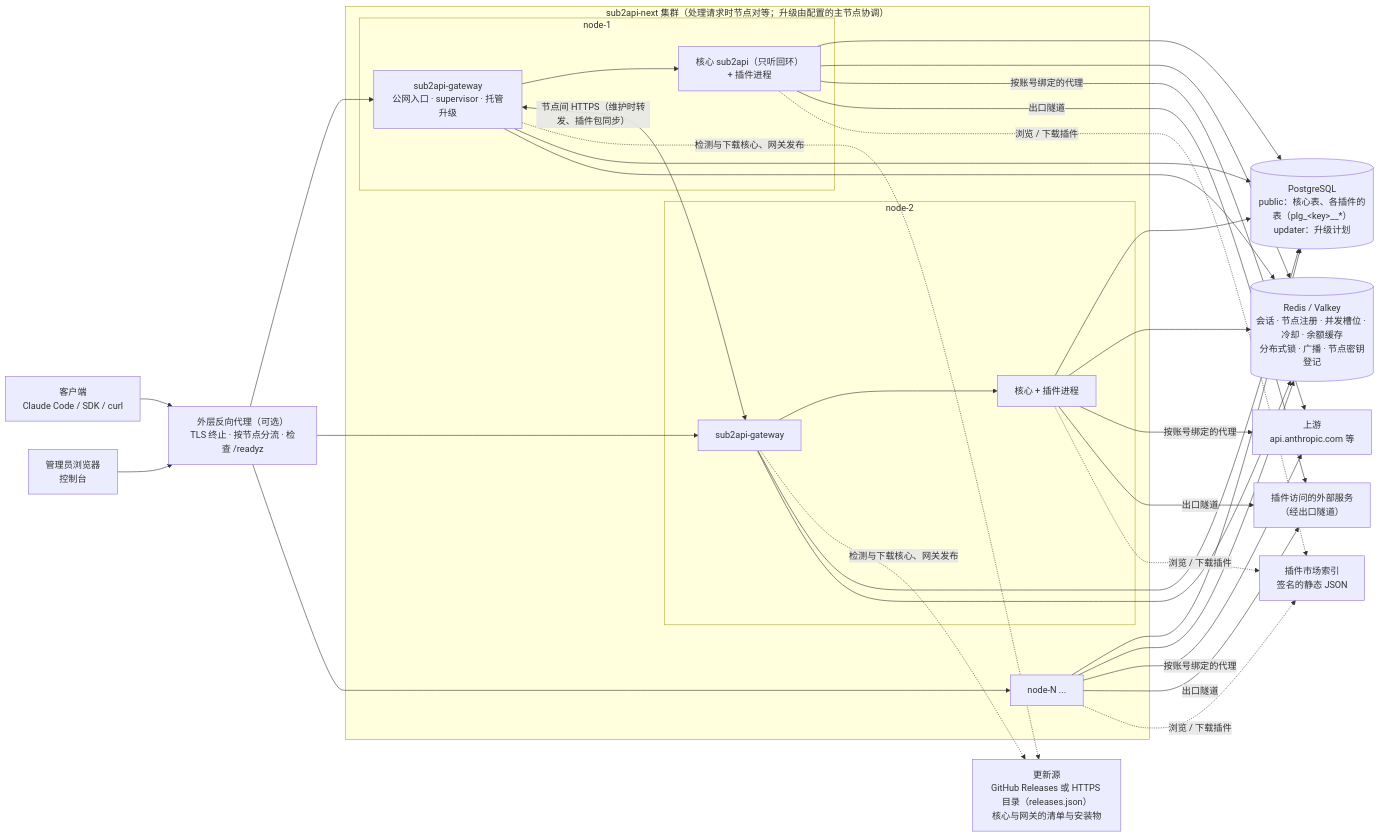
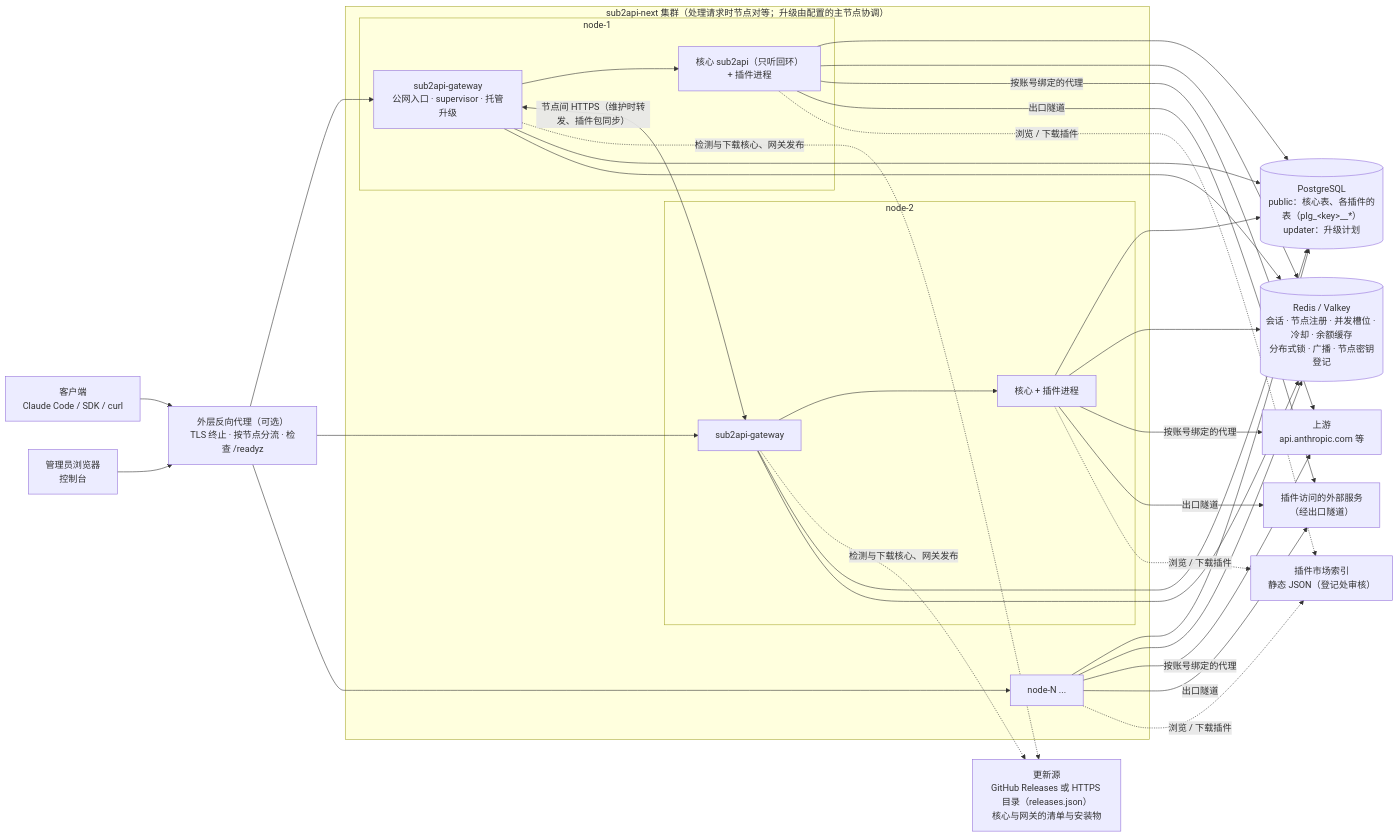
Before and after one commit to touwaeriol/sup2api: the first of 18 diagrams in next/docs/ARCHITECTURE.md, drawn with Mermaid. The commit also changed other lines of this file and 19 other files, not shown here.

````diff
--- a/next/docs/ARCHITECTURE.md
+++ b/next/docs/ARCHITECTURE.md
@@ -71,39 +71,39 @@
 ```mermaid
 flowchart LR
   client["客户端<br/>Claude Code / SDK / curl"]
   admin["管理员浏览器<br/>控制台"]
   rp["外层反向代理（可选）<br/>TLS 终止 · 按节点分流 · 检查 /readyz"]
 
   subgraph cluster["sub2api-next 集群（处理请求时节点对等；升级由配置的主节点协调）"]
     subgraph n1["node-1"]
       g1["sub2api-gateway<br/>公网入口 · supervisor · 托管升级"]
       c1["核心 sub2api（只听回环）<br/>+ 插件进程"]
     end
     subgraph n2["node-2"]
       g2["sub2api-gateway"]
       c2["核心 + 插件进程"]
     end
     nN["node-N ..."]
   end
 
   pg[("PostgreSQL<br/>public：核心表、各插件的表（plg_&lt;key&gt;__*）<br/>updater：升级计划")]
   redis[("Redis / Valkey<br/>会话 · 节点注册 · 并发槽位 · 冷却 · 余额缓存<br/>分布式锁 · 广播 · 节点密钥登记")]
   rel["更新源<br/>GitHub Releases 或 HTTPS 目录（releases.json）<br/>核心与网关的清单与安装物"]
-  market["插件市场索引<br/>签名的静态 JSON"]
+  market["插件市场索引<br/>静态 JSON（登记处审核）"]
   up["上游<br/>api.anthropic.com 等"]
   ext["插件访问的外部服务<br/>（经出口隧道）"]
 
   client --> rp
   admin --> rp
   rp --> g1 & g2 & nN
   g1 --> c1
   g2 --> c2
   g1 <-->|"节点间 HTTPS（维护时转发、插件包同步）"| g2
   g1 & g2 -.->|"检测与下载核心、网关发布"| rel
   c1 & c2 & nN --> pg
   c1 & c2 & nN --> redis
   g1 & g2 --> pg & redis
   c1 & c2 & nN -->|"按账号绑定的代理"| up
   c1 & c2 & nN -->|"出口隧道"| ext
   c1 & c2 & nN -.->|"浏览 / 下载插件"| market
 ```
````
